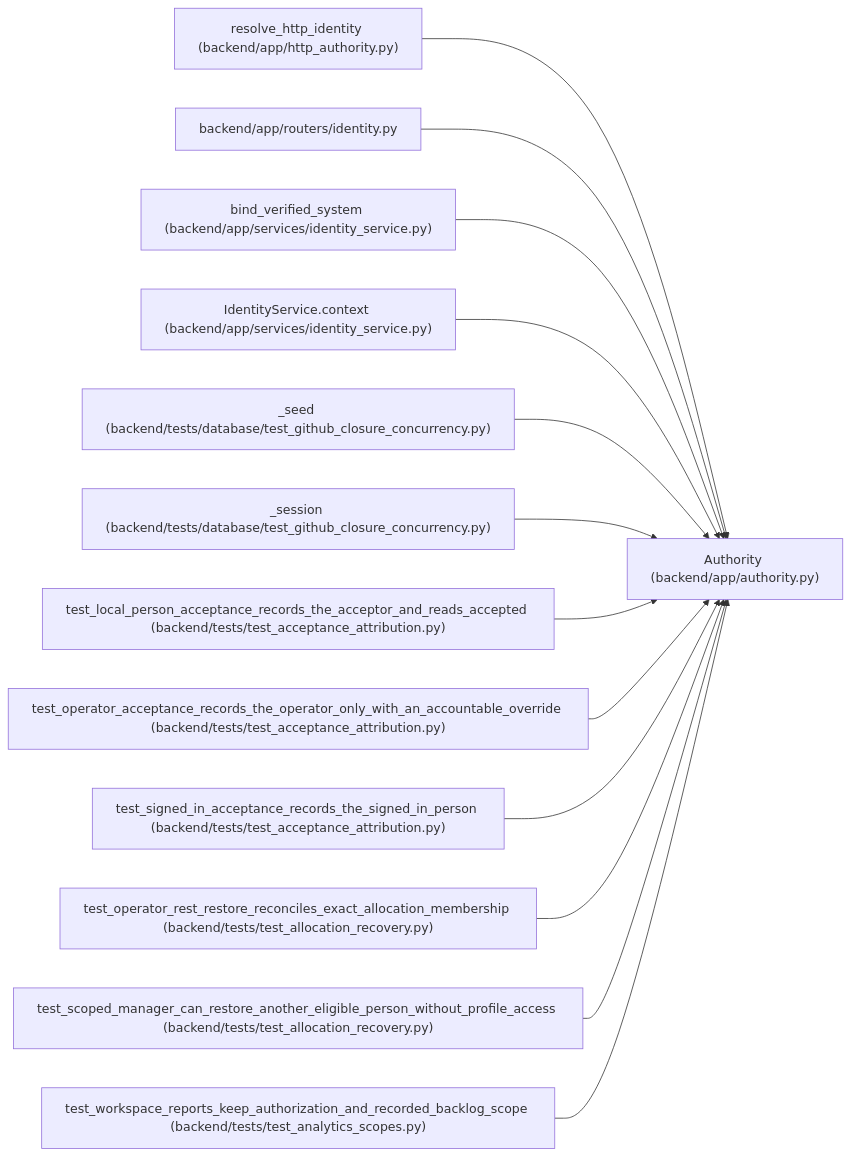
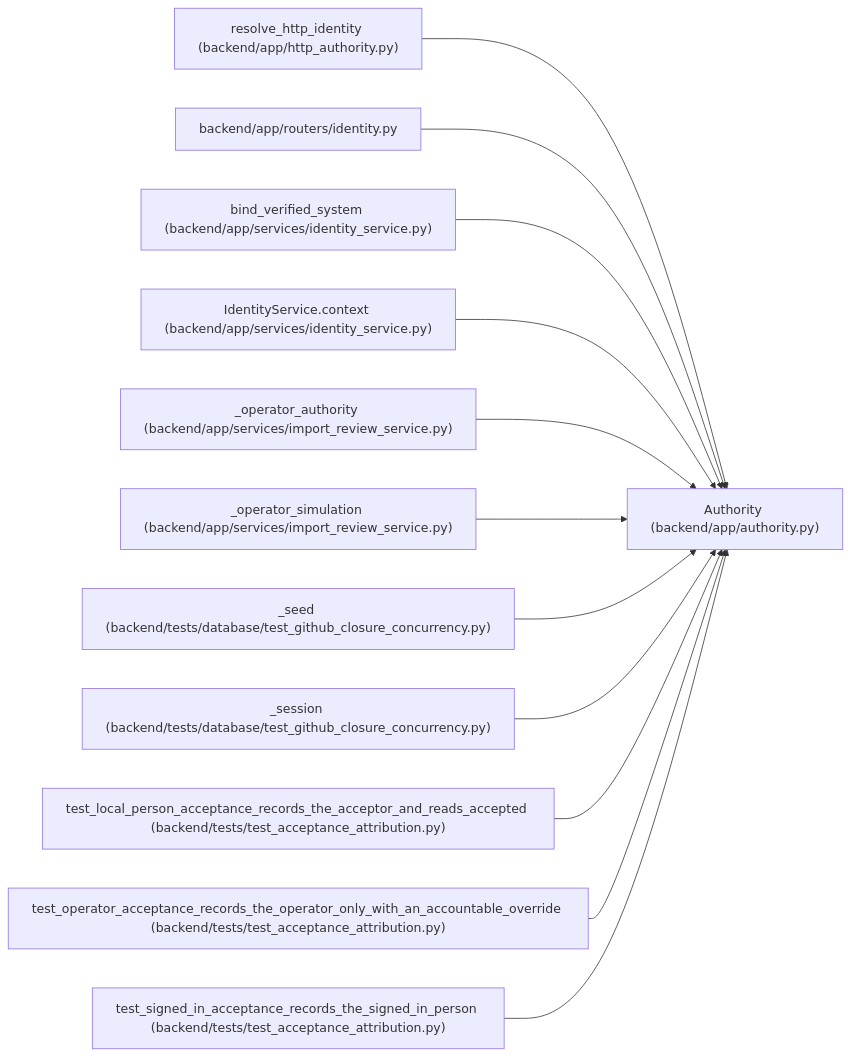
One commit to Denissvgn/WorkChord changed the diagram in docs/llm_wiki/entities/Authority.md. Above: the diagram before and after it, drawn with Mermaid. The commit also changed other lines of this file and 791 other files, not shown here.

Commit message:
Sync the architectural wiki for the plan-import dry run

````diff
--- a/docs/llm_wiki/entities/Authority.md
+++ b/docs/llm_wiki/entities/Authority.md
@@ -46,41 +46,38 @@
 ```mermaid
 flowchart LR
     n0["Authority (backend/app/authority.py)"]
     n1["resolve_http_identity (backend/app/http_authority.py)"]
     n2["backend/app/routers/identity.py"]
     n3["bind_verified_system (backend/app/services/identity_service.py)"]
     n4["IdentityService.context (backend/app/services/identity_service.py)"]
-    n5["_seed (backend/tests/database/test_github_closure_concurrency.py)"]
-    n6["_session (backend/tests/database/test_github_closure_concurrency.py)"]
-    n7["test_local_person_acceptance_records_the_acceptor_and_reads_accepted (backend/tests/test_acceptance_attribution.py)"]
-    n8["test_operator_acceptance_records_the_operator_only_with_an_accountable_override (backend/tests/test_acceptance_attribution.py)"]
-    n9["test_signed_in_acceptance_records_the_signed_in_person (backend/tests/test_acceptance_attribution.py)"]
-    n10["test_operator_rest_restore_reconciles_exact_allocation_membership (backend/tests/test_allocation_recovery.py)"]
-    n11["test_scoped_manager_can_restore_another_eligible_person_without_profile_access (backend/tests/test_allocation_recovery.py)"]
-    n12["test_workspace_reports_keep_authorization_and_recorded_backlog_scope (backend/tests/test_analytics_scopes.py)"]
+    n5["_operator_authority (backend/app/services/import_review_service.py)"]
+    n6["_operator_simulation (backend/app/services/import_review_service.py)"]
+    n7["_seed (backend/tests/database/test_github_closure_concurrency.py)"]
+    n8["_session (backend/tests/database/test_github_closure_concurrency.py)"]
+    n9["test_local_person_acceptance_records_the_acceptor_and_reads_accepted (backend/tests/test_acceptance_attribution.py)"]
+    n10["test_operator_acceptance_records_the_operator_only_with_an_accountable_override (backend/tests/test_acceptance_attribution.py)"]
+    n11["test_signed_in_acceptance_records_the_signed_in_person (backend/tests/test_acceptance_attribution.py)"]
     n1 --> n0
     n2 --> n0
     n3 --> n0
     n4 --> n0
     n5 --> n0
     n6 --> n0
     n7 --> n0
     n8 --> n0
     n9 --> n0
     n10 --> n0
     n11 --> n0
-    n12 --> n0
     click n0 "../modules/authority.md"
     click n1 "../modules/http_authority.md"
     click n2 "../modules/routers_identity.md"
     click n3 "../modules/identity_service.md"
     click n4 "../modules/identity_service.md"
-    click n5 "../modules/test_github_closure_concurrency.md"
-    click n6 "../modules/test_github_closure_concurrency.md"
-    click n7 "../modules/test_acceptance_attribution.md"
-    click n8 "../modules/test_acceptance_attribution.md"
+    click n5 "../modules/import_review_service.md"
+    click n6 "../modules/import_review_service.md"
+    click n7 "../modules/test_github_closure_concurrency.md"
+    click n8 "../modules/test_github_closure_concurrency.md"
     click n9 "../modules/test_acceptance_attribution.md"
-    click n10 "../modules/test_allocation_recovery.md"
-    click n11 "../modules/test_allocation_recovery.md"
-    click n12 "../modules/test_analytics_scopes.md"
+    click n10 "../modules/test_acceptance_attribution.md"
+    click n11 "../modules/test_acceptance_attribution.md"
 ```
````
